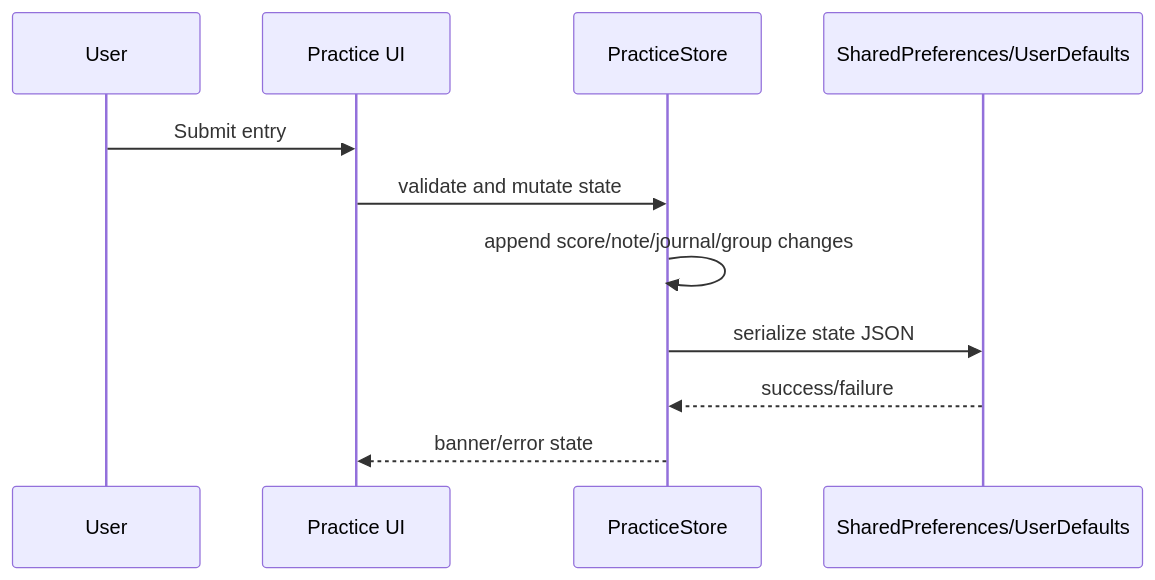
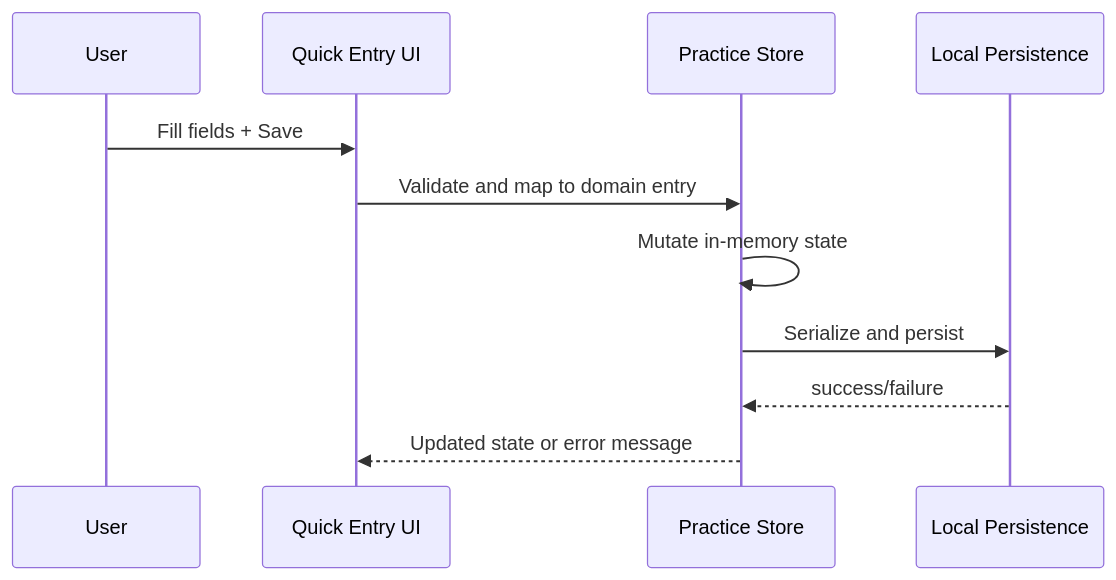
The third of 4 diagrams in Pinball_App_Architecture_Blueprint.md (pillyliu/Pinball-App), drawn with Mermaid before and after one commit. The commit also changed other lines of this file and 3 other files, not shown here.

Commit message:
docs(architecture): refresh full blueprint and regenerate print-layout pdf

````diff
--- a/Pinball_App_Architecture_Blueprint.md
+++ b/Pinball_App_Architecture_Blueprint.md
@@ -452,14 +216,14 @@
 ```mermaid
 sequenceDiagram
-    participant User
-    participant Screen as Practice UI
-    participant Store as PracticeStore
-    participant Persist as SharedPreferences/UserDefaults
+    participant U as User
+    participant Q as Quick Entry UI
+    participant S as Practice Store
+    participant P as Local Persistence
 
-    User->>Screen: Submit entry
-    Screen->>Store: validate and mutate state
-    Store->>Store: append score/note/journal/group changes
-    Store->>Persist: serialize state JSON
-    Persist-->>Store: success/failure
-    Store-->>Screen: banner/error state
+    U->>Q: Fill fields + Save
+    Q->>S: Validate and map to domain entry
+    S->>S: Mutate in-memory state
+    S->>P: Serialize and persist
+    P-->>S: success/failure
+    S-->>Q: Updated state or error message
 ```
````
